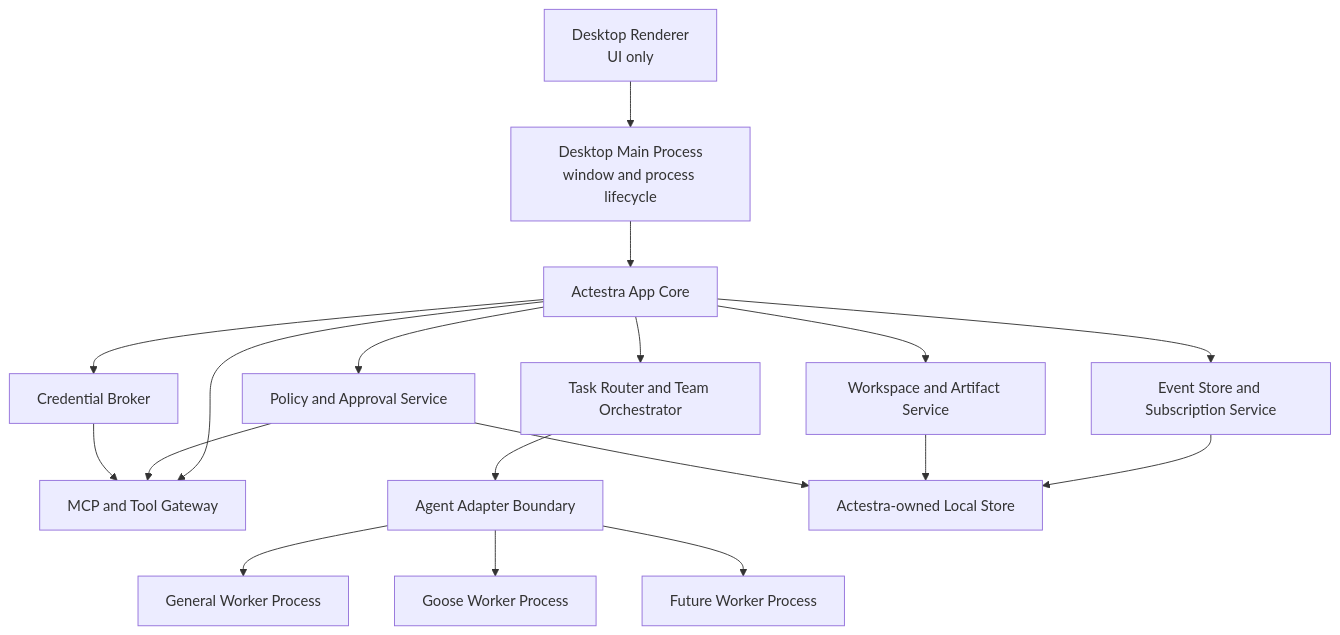
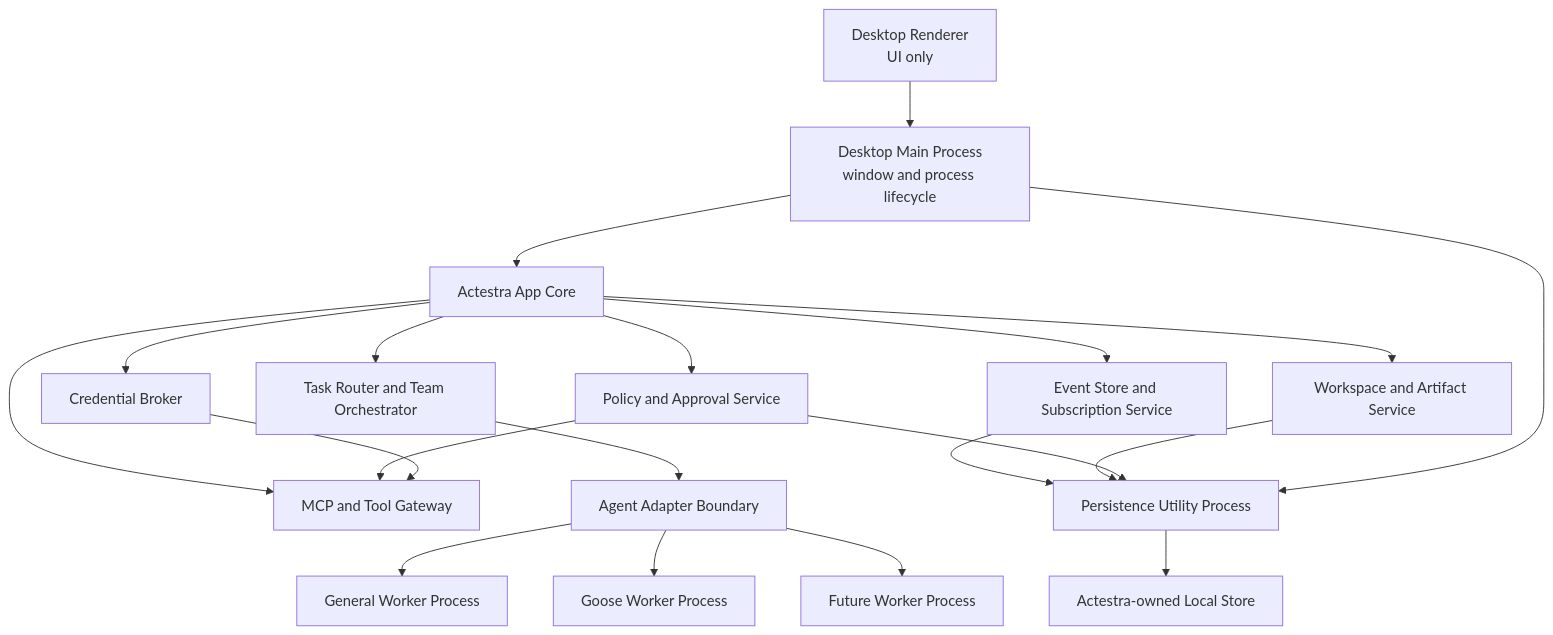
The diagram in docs/architecture/SYSTEM_OVERVIEW.md (Ablankpaper/actestra-desktop), drawn with Mermaid before and after one commit. The commit also changed other lines of this file and 39 other files, not shown here.

Commit message:
feat: add persistence utility and content references

````diff
--- a/docs/architecture/SYSTEM_OVERVIEW.md
+++ b/docs/architecture/SYSTEM_OVERVIEW.md
@@ -13,35 +13,38 @@
 ```mermaid
 flowchart TD
     RENDERER["Desktop Renderer\nUI only"]
     MAIN["Desktop Main Process\nwindow and process lifecycle"]
     CORE["Actestra App Core"]
     ROUTER["Task Router and Team Orchestrator"]
     POLICY["Policy and Approval Service"]
     EVENTS["Event Store and Subscription Service"]
     ARTIFACTS["Workspace and Artifact Service"]
     CREDS["Credential Broker"]
     TOOLS["MCP and Tool Gateway"]
     ADAPTERS["Agent Adapter Boundary"]
     GENERAL["General Worker Process"]
     GOOSE["Goose Worker Process"]
     FUTURE["Future Worker Process"]
+    PERSIST["Persistence Utility Process"]
     STORE["Actestra-owned Local Store"]
 
     RENDERER --> MAIN
     MAIN --> CORE
     CORE --> ROUTER
     CORE --> POLICY
     CORE --> EVENTS
     CORE --> ARTIFACTS
     CORE --> CREDS
     CORE --> TOOLS
     ROUTER --> ADAPTERS
     ADAPTERS --> GENERAL
     ADAPTERS --> GOOSE
     ADAPTERS --> FUTURE
     POLICY --> TOOLS
     CREDS --> TOOLS
-    EVENTS --> STORE
-    ARTIFACTS --> STORE
-    POLICY --> STORE
+    EVENTS --> PERSIST
+    ARTIFACTS --> PERSIST
+    POLICY --> PERSIST
+    MAIN --> PERSIST
+    PERSIST --> STORE
 ```
````
